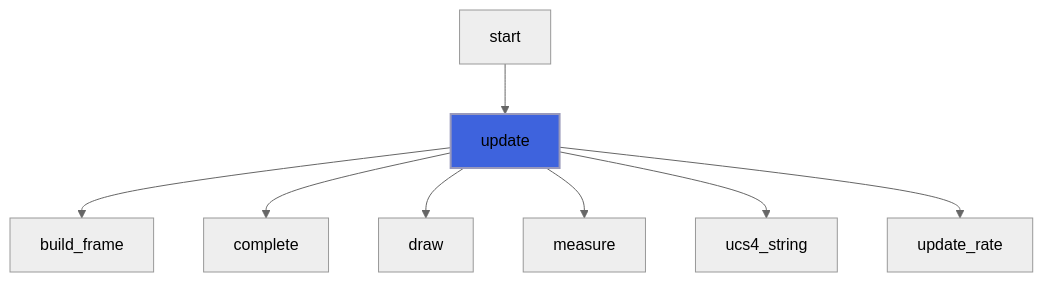
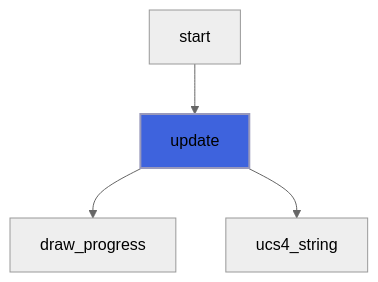
The fifth of 35 diagrams in docs/api/src/lib/forbear_bar_object.md (szaghi/forbear), drawn with Mermaid (neutral theme) before and after one commit. The commit also changed other lines of this file and 26 other files, not shown here.

````diff
--- a/docs/api/src/lib/forbear_bar_object.md
+++ b/docs/api/src/lib/forbear_bar_object.md
@@ -363,11 +372,7 @@
 ```mermaid
 flowchart TD
   start["start"] --> update["update"]
-  update["update"] --> build_frame["build_frame"]
-  update["update"] --> complete["complete"]
-  update["update"] --> draw["draw"]
-  update["update"] --> measure["measure"]
+  update["update"] --> draw_progress["draw_progress"]
   update["update"] --> ucs4_string["ucs4_string"]
-  update["update"] --> update_rate["update_rate"]
   style update fill:#3e63dd,stroke:#99b,stroke-width:2px
 ```
````
